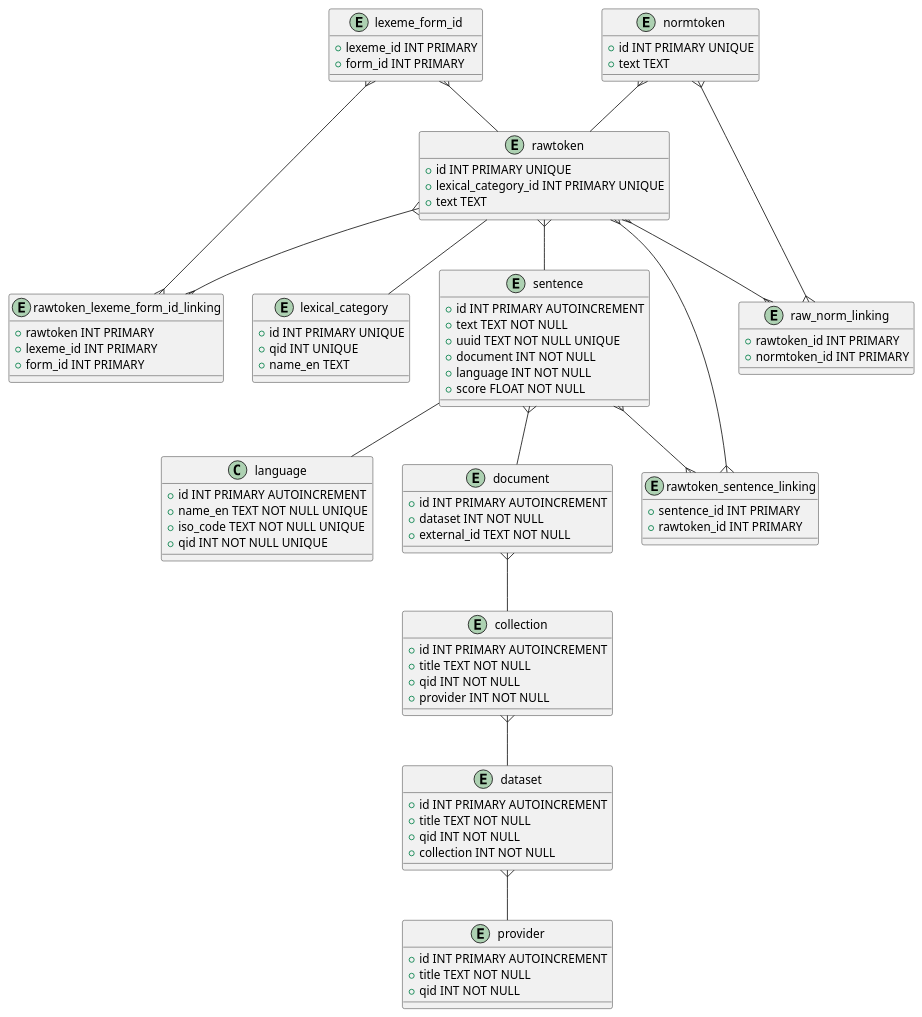
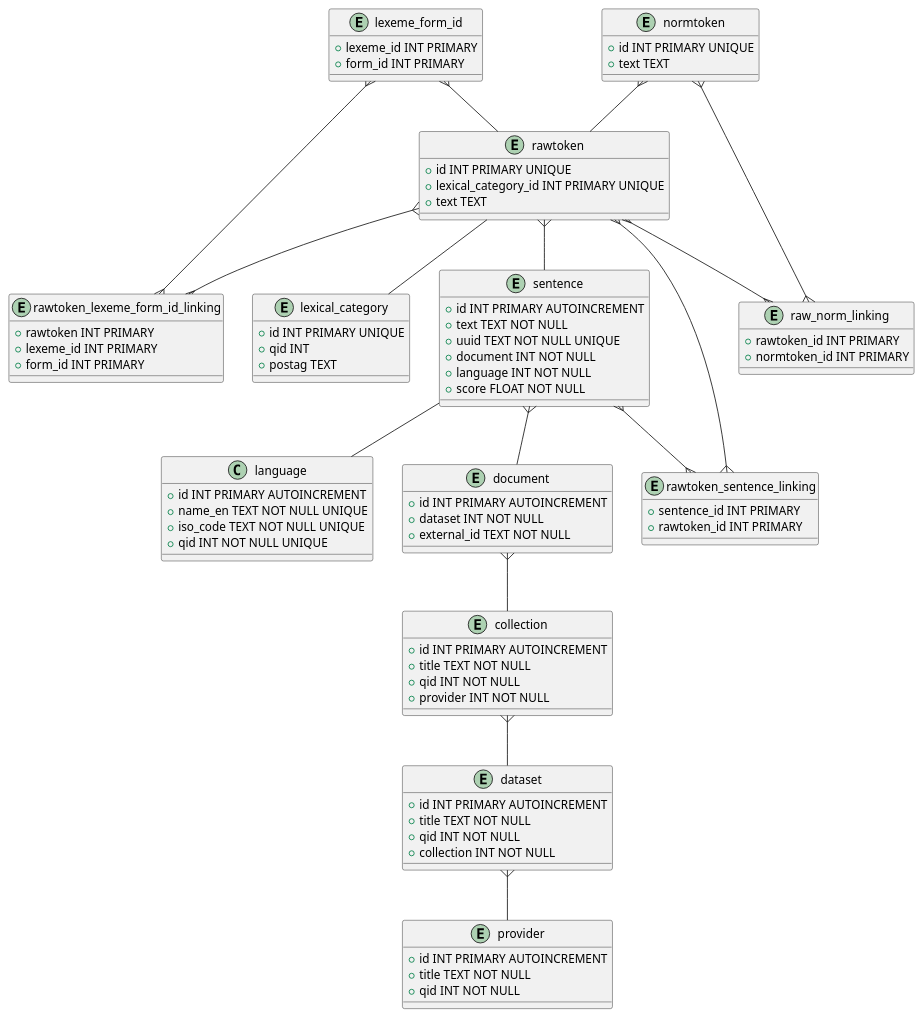
The diagram in diagrams/datamodel.puml (dpriskorn/riksdagen_sentences), drawn with PlantUML before and after one commit. The commit also changed 1 other file, not shown here.

Commit message:
fix: Remove unique constraint

```diff
--- a/diagrams/datamodel.puml
+++ b/diagrams/datamodel.puml
@@ -1,121 +1,122 @@
 @startuml
 '' Store information about token, lexical category and
 
 '' This is needed to distinguish forms
+'' VERB and AUX link to the same qid
 entity lexical_category {
     + id INT PRIMARY UNIQUE
-    + qid INT UNIQUE
-    + name_en TEXT
+    + qid INT
+    + postag TEXT
 }
 
 '' The ISO 639-1 code is stored like in the yml like so: 'en'
 class language {
     + id INT PRIMARY AUTOINCREMENT
     + name_en TEXT NOT NULL UNIQUE
     + iso_code TEXT NOT NULL UNIQUE
     + qid INT NOT NULL UNIQUE
 }
 '' e.g. Riksdagenförvaltningen Q10655176)
 entity provider {
     + id INT PRIMARY AUTOINCREMENT
     + title TEXT NOT NULL
     + qid INT NOT NULL
 }
 '' e.g. Riksdagens öppna data Q108560253
 '' QID for this term: Q59294700
 entity collection {
     + id INT PRIMARY AUTOINCREMENT
     + title TEXT NOT NULL
     + qid INT NOT NULL
     + provider INT NOT NULL
 }
 
 '' dataset is e.g. departementserien Q123501464
 entity dataset {
     + id INT PRIMARY AUTOINCREMENT
     + title TEXT NOT NULL
     + qid INT NOT NULL
     + collection INT NOT NULL
 }
 
 '' e.g. GNB465, see https://www.riksdagen.se/sv/dokument-och-lagar/dokument/departementsserien/ds-1999-65-_gnb465/
 entity document {
     + id INT PRIMARY AUTOINCREMENT
     + dataset INT NOT NULL
     + external_id TEXT NOT NULL
 }
 
 '' sentences is detected by the spaCy NLP
 entity sentence {
     + id INT PRIMARY AUTOINCREMENT
     + text TEXT NOT NULL
     + uuid TEXT NOT NULL UNIQUE
     + document INT NOT NULL
     + language INT NOT NULL
     + score FLOAT NOT NULL
 }
 
 '' linking table
 entity rawtoken_sentence_linking {
     + sentence_id INT PRIMARY
     + rawtoken_id INT PRIMARY
 }
 
 '' lexeme form ids can be matched later on to forms
 entity lexeme_form_id {
     + lexeme_id INT PRIMARY
     + form_id INT PRIMARY
 }
 
 '' linking table
 entity rawtoken_lexeme_form_id_linking {
     + rawtoken INT PRIMARY
     + lexeme_id INT PRIMARY
     + form_id INT PRIMARY
 }
 
 '' raw tokens appear in sentences as output form the NLP and have a lexical category
 '' they have a composite primary key hardcoding them to a specific lexical category
 entity rawtoken {
     + id INT PRIMARY UNIQUE
     + lexical_category_id INT PRIMARY UNIQUE
     + text TEXT
 }
 
 '' normalized tokens are derived from raw tokens and have no lexical category
 '' They help users who want to lookup variations of any given token
 '' e.g. the form Hus has the normalized token hus
 '' e.g. the form statsminister has the normalized token statsminister
 entity normtoken {
     + id INT PRIMARY UNIQUE
     + text TEXT
 }
 
 '' link table between forms and normalized tokens
 entity raw_norm_linking {
     + rawtoken_id INT PRIMARY
     + normtoken_id INT PRIMARY
 }
 
 
 ' one to many:
 lexeme_form_id }-- rawtoken
 normtoken }-- rawtoken
 rawtoken }-- sentence
 sentence }-- document
 document }-- collection
 collection }-- dataset
 dataset }-- provider
 
 ' one to one
 sentence -- language
 rawtoken -- lexical_category
 
 ' many to many
 rawtoken }--{ raw_norm_linking
 normtoken }--{ raw_norm_linking
 rawtoken }--{ rawtoken_sentence_linking
 sentence }--{ rawtoken_sentence_linking
 rawtoken }--{ rawtoken_lexeme_form_id_linking
 lexeme_form_id }--{ rawtoken_lexeme_form_id_linking
 @enduml
```
